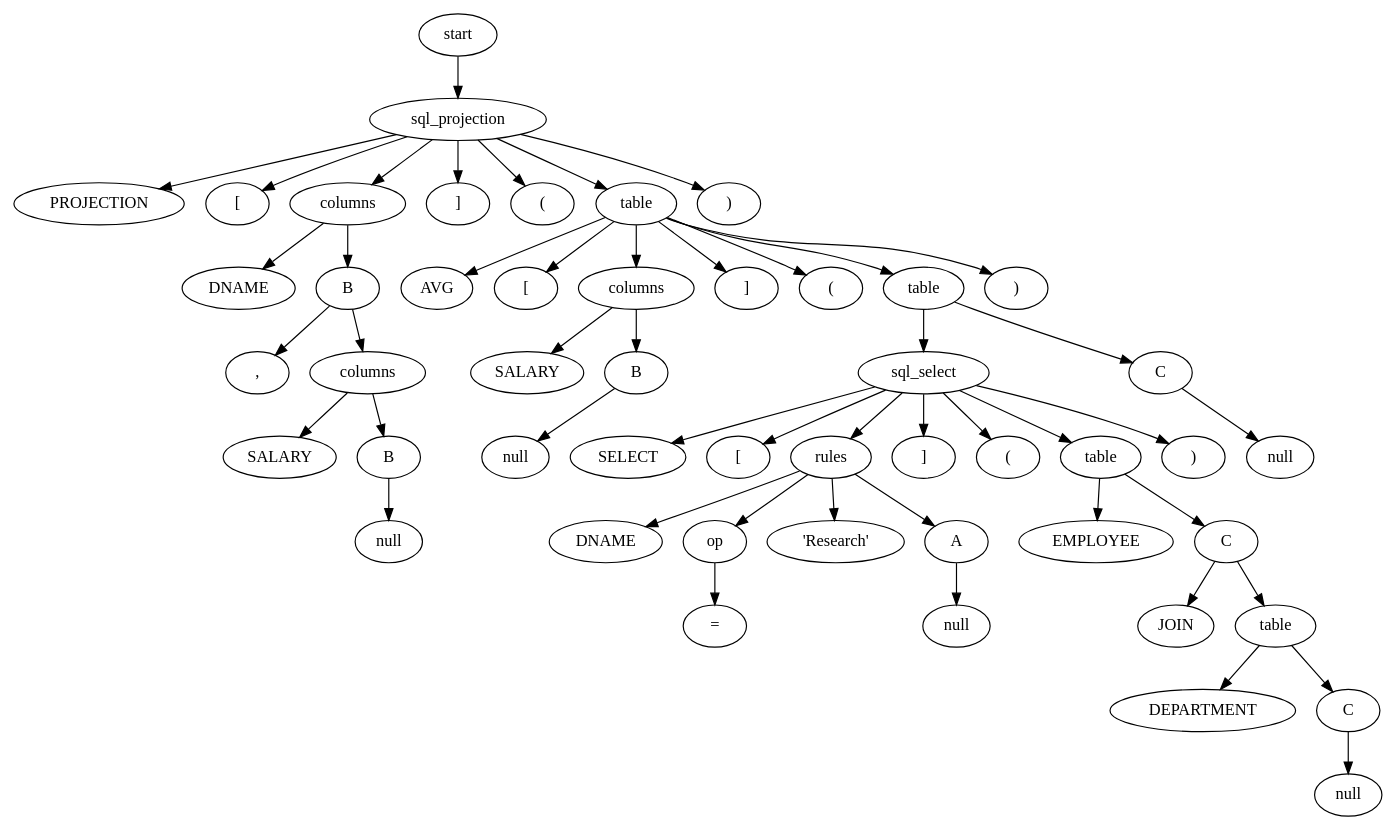
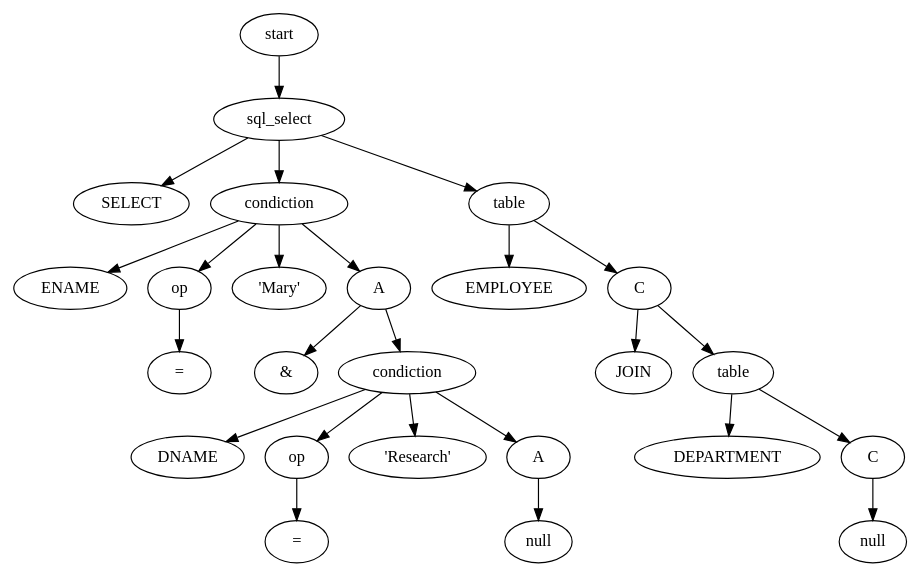
The diagram in round-table.gv (dongchangzhang/zdb), drawn with Graphviz before and after one commit. The commit also changed 10 other files, not shown here.

```diff
--- a/round-table.gv
+++ b/round-table.gv
@@ -1,100 +1,52 @@
 // Tree
 digraph {
 	1 [label=start]
-	2 [label=sql_projection]
+	2 [label=sql_select]
 		1 -> 2
-	3 [label=PROJECTION]
+	3 [label=SELECT]
 		2 -> 3
-	4 [label="["]
+	4 [label=condiction]
 		2 -> 4
-	5 [label=columns]
+	5 [label=table]
 		2 -> 5
-	6 [label="]"]
-		2 -> 6
-	7 [label="("]
-		2 -> 7
-	8 [label=table]
-		2 -> 8
-	9 [label=")"]
-		2 -> 9
-	10 [label=AVG]
-		8 -> 10
-	11 [label="["]
-		8 -> 11
-	12 [label=columns]
-		8 -> 12
-	13 [label="]"]
-		8 -> 13
-	14 [label="("]
-		8 -> 14
-	15 [label=table]
-		8 -> 15
-	16 [label=")"]
-		8 -> 16
-	17 [label=sql_select]
-		15 -> 17
-	18 [label=C]
-		15 -> 18
-	19 [label=null]
+	6 [label=EMPLOYEE]
+		5 -> 6
+	7 [label=C]
+		5 -> 7
+	8 [label=JOIN]
+		7 -> 8
+	9 [label=table]
+		7 -> 9
+	10 [label=DEPARTMENT]
+		9 -> 10
+	11 [label=C]
+		9 -> 11
+	12 [label=null]
+		11 -> 12
+	13 [label=ENAME]
+		4 -> 13
+	14 [label=op]
+		4 -> 14
+	15 [label="'Mary'"]
+		4 -> 15
+	16 [label=A]
+		4 -> 16
+	17 [label="&"]
+		16 -> 17
+	18 [label=condiction]
+		16 -> 18
+	19 [label=DNAME]
 		18 -> 19
-	20 [label=SELECT]
-		17 -> 20
-	21 [label="["]
-		17 -> 21
-	22 [label=rules]
-		17 -> 22
-	23 [label="]"]
-		17 -> 23
-	24 [label="("]
-		17 -> 24
-	25 [label=table]
-		17 -> 25
-	26 [label=")"]
-		17 -> 26
-	27 [label=EMPLOYEE]
-		25 -> 27
-	28 [label=C]
-		25 -> 28
-	29 [label=JOIN]
-		28 -> 29
-	30 [label=table]
-		28 -> 30
-	31 [label=DEPARTMENT]
-		30 -> 31
-	32 [label=C]
-		30 -> 32
-	33 [label=null]
-		32 -> 33
-	34 [label=DNAME]
-		22 -> 34
-	35 [label=op]
-		22 -> 35
-	36 [label="'Research'"]
-		22 -> 36
-	37 [label=A]
-		22 -> 37
-	38 [label=null]
-		37 -> 38
-	39 [label="="]
-		35 -> 39
-	40 [label=SALARY]
-		12 -> 40
-	41 [label=B]
-		12 -> 41
-	42 [label=null]
-		41 -> 42
-	43 [label=DNAME]
-		5 -> 43
-	44 [label=B]
-		5 -> 44
-	45 [label=","]
-		44 -> 45
-	46 [label=columns]
-		44 -> 46
-	47 [label=SALARY]
-		46 -> 47
-	48 [label=B]
-		46 -> 48
-	49 [label=null]
-		48 -> 49
+	20 [label=op]
+		18 -> 20
+	21 [label="'Research'"]
+		18 -> 21
+	22 [label=A]
+		18 -> 22
+	23 [label=null]
+		22 -> 23
+	24 [label="="]
+		20 -> 24
+	25 [label="="]
+		14 -> 25
 }
```
